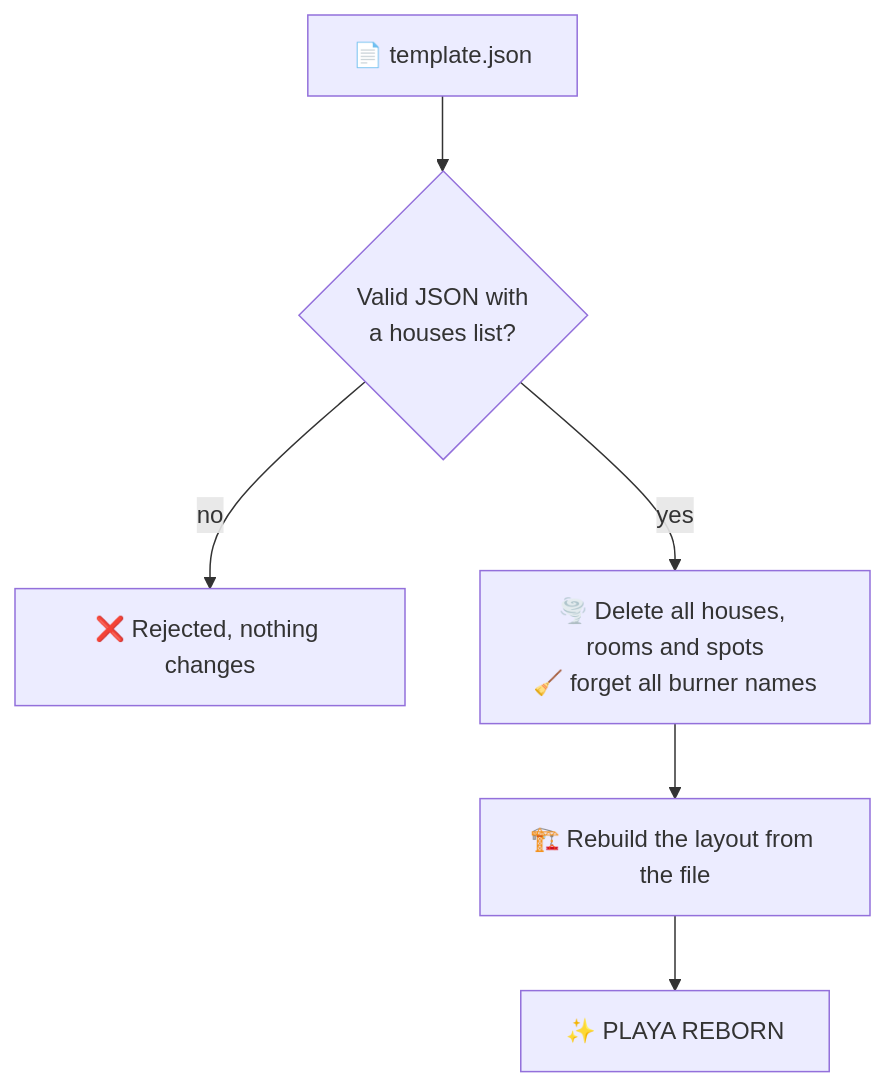
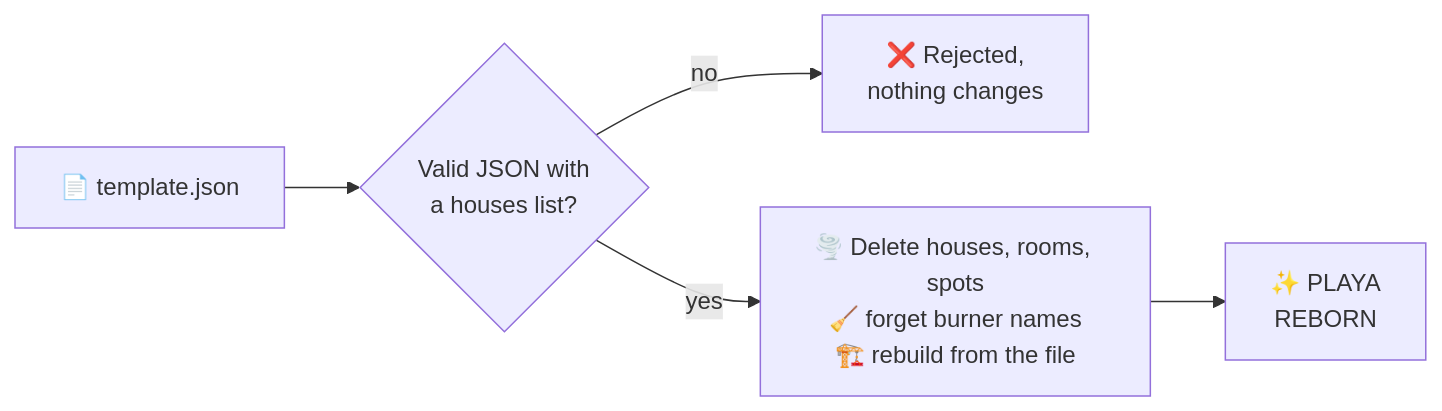
Before and after one commit to MorpheusMXML/hamburn-cozynights: the diagram in docs/admin/templates.md, drawn with Mermaid. The commit also changed 4 other files, not shown here.

First line of the commit message:
docs: render Mermaid labels in page context and compact wide diagrams

````diff
--- a/docs/admin/templates.md
+++ b/docs/admin/templates.md
@@ -20,8 +20,7 @@
 ```mermaid
-flowchart TD
+flowchart LR
   file["📄 template.json"] --> check{"Valid JSON with<br/>a houses list?"}
-  check -- no --> stop["❌ Rejected, nothing changes"]
-  check -- yes --> wipe["🌪️ Delete all houses, rooms and spots<br/>🧹 forget all burner names"]
-  wipe --> rebuild["🏗️ Rebuild the layout from the file"]
-  rebuild --> done["✨ PLAYA REBORN"]
+  check -- no --> stop["❌ Rejected,<br/>nothing changes"]
+  check -- yes --> wipe["🌪️ Delete houses, rooms, spots<br/>🧹 forget burner names<br/>🏗️ rebuild from the file"]
+  wipe --> done["✨ PLAYA<br/>REBORN"]
 ```
````
